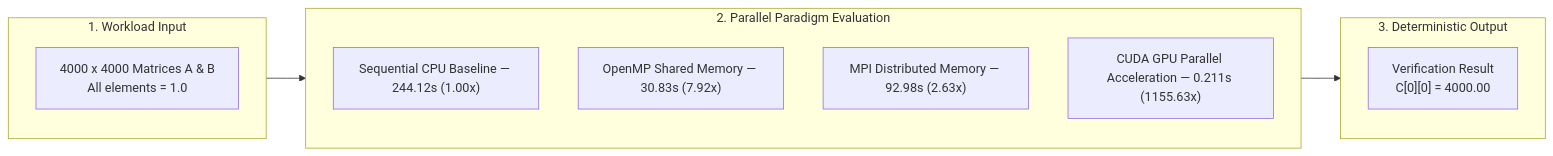
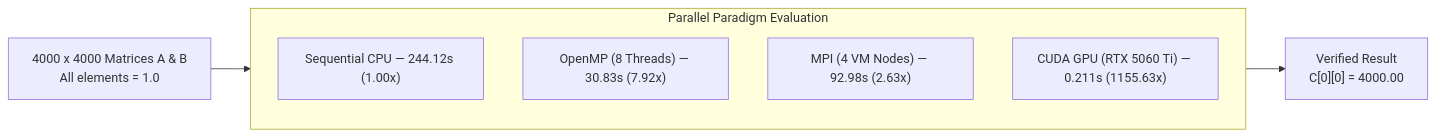
Before and after one commit to Janaki1711/PGC_Lab: the diagram in Lab_Experiment_1/README.md, drawn with Mermaid. The commit also changed other lines of this file and 26 other files, not shown here.

Commit message:
Refine benchmark charts with compact sizing and muted palette; streamline documentation to be concise and to the point

````diff
--- a/Lab_Experiment_1/README.md
+++ b/Lab_Experiment_1/README.md
@@ -14,20 +14,12 @@
 ```mermaid
 flowchart LR
-    subgraph Input ["1. Workload Input"]
-        IN["4000 x 4000 Matrices A & B<br/>All elements = 1.0"]
+    Input["4000 x 4000 Matrices A & B<br/>All elements = 1.0"] --> Models
+    subgraph Models ["Parallel Paradigm Evaluation"]
+        direction TB
+        M1["Sequential CPU — 244.12s (1.00x)"]
+        M2["OpenMP (8 Threads) — 30.83s (7.92x)"]
+        M3["MPI (4 VM Nodes) — 92.98s (2.63x)"]
+        M4["CUDA GPU (RTX 5060 Ti) — 0.211s (1155.63x)"]
     end
-
-    subgraph Models ["2. Parallel Paradigm Evaluation"]
-        direction TB
-        M1["Sequential CPU Baseline — 244.12s (1.00x)"]
-        M2["OpenMP Shared Memory — 30.83s (7.92x)"]
-        M3["MPI Distributed Memory — 92.98s (2.63x)"]
-        M4["CUDA GPU Parallel Acceleration — 0.211s (1155.63x)"]
-    end
-
-    subgraph Output ["3. Deterministic Output"]
-        OUT["Verification Result<br/>C[0][0] = 4000.00"]
-    end
-
-    Input --> Models --> Output
+    Models --> Output["Verified Result<br/>C[0][0] = 4000.00"]
 ```
````
